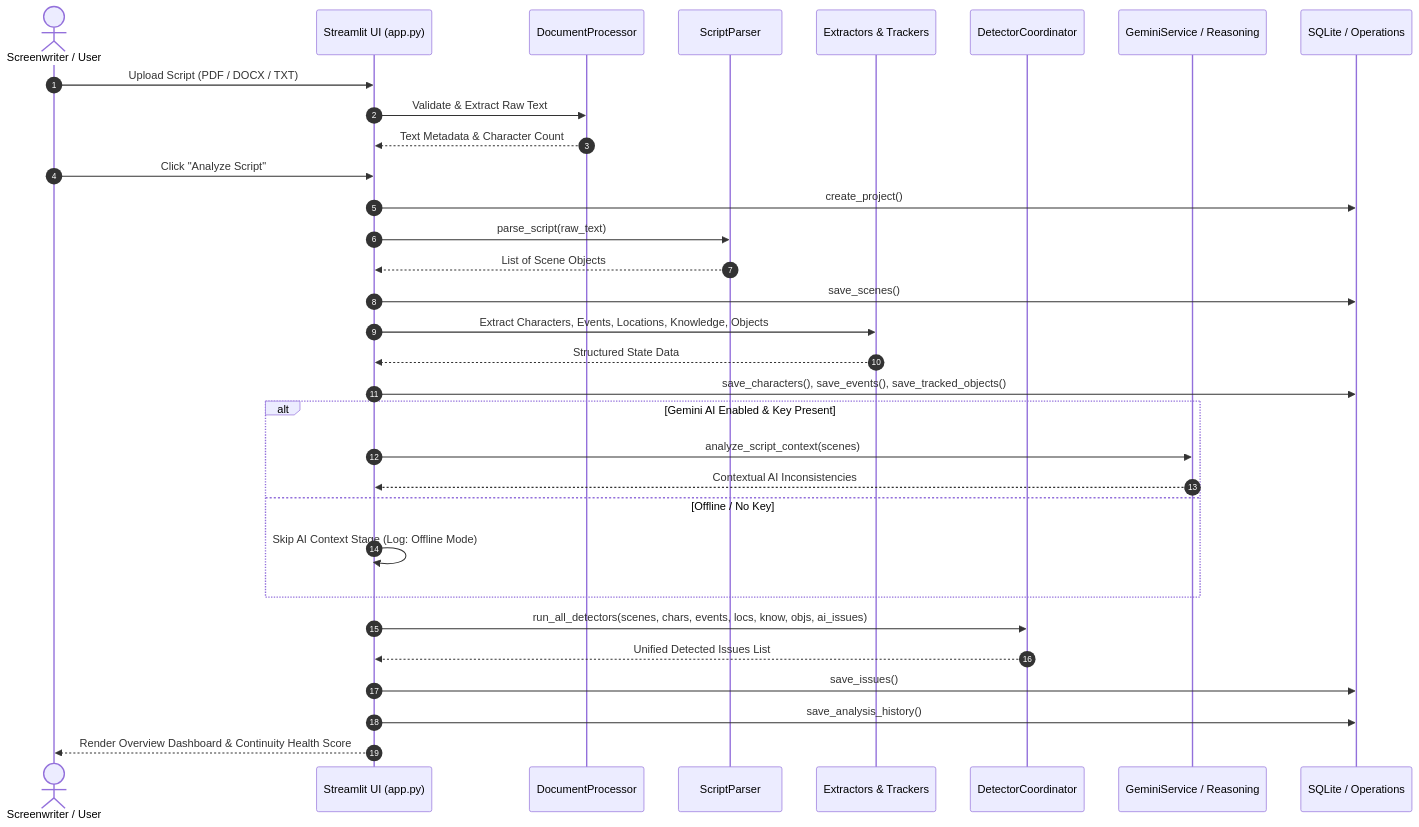
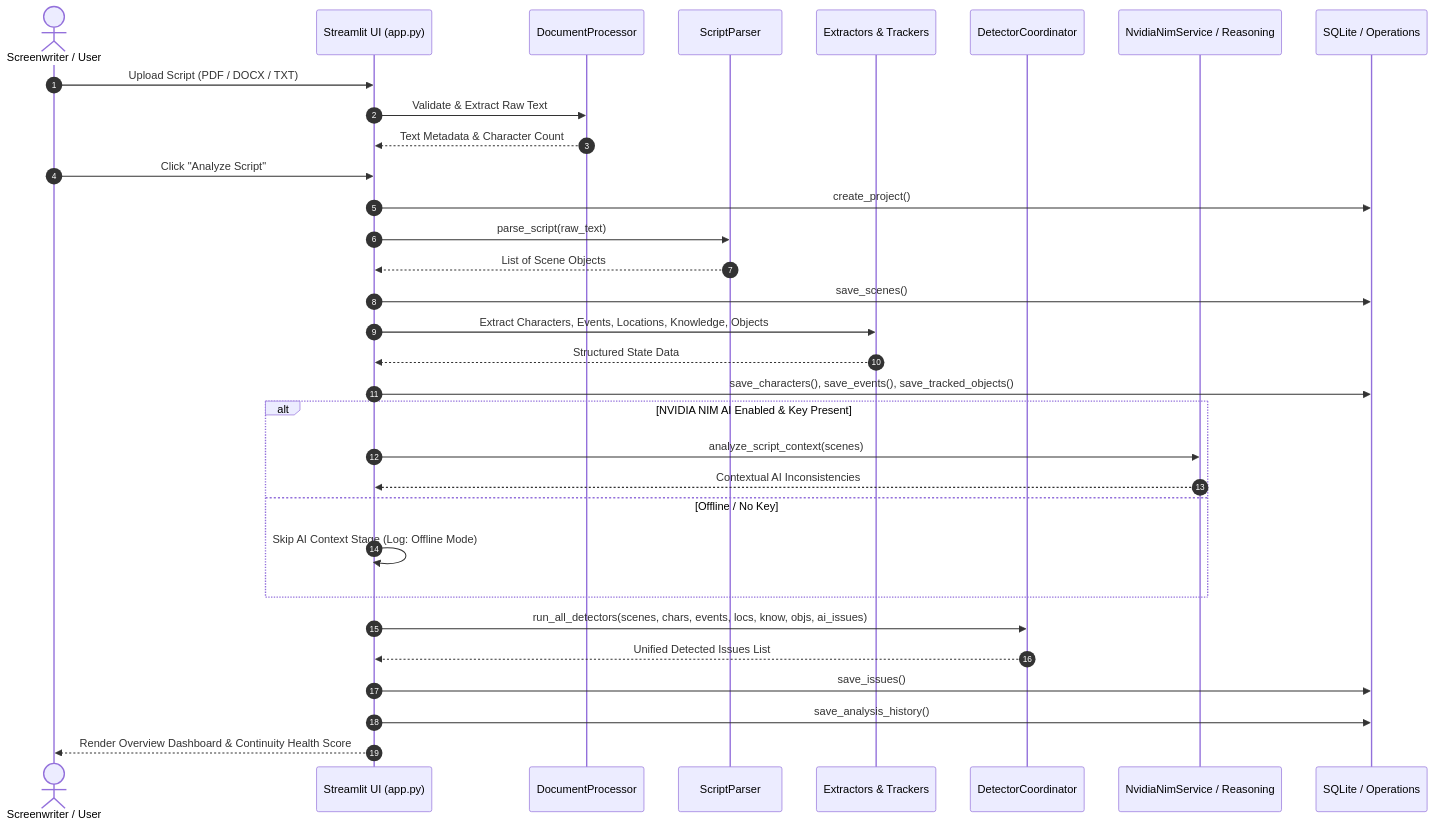
The second of 2 diagrams in SYSTEM_ARCHITECTURE.md (satyamvishwa2006-coder/PlotHole-OS-AI-Story-Continuity-Debugger-SRDT), drawn with Mermaid before and after one commit. The commit also changed other lines of this file and 15 other files, not shown here.

Commit message:
feat: complete migration from Google Gemini to NVIDIA NIM API (OpenAI SDK)

````diff
--- a/SYSTEM_ARCHITECTURE.md
+++ b/SYSTEM_ARCHITECTURE.md
@@ -147,38 +149,38 @@
 ```mermaid
 sequenceDiagram
     autonumber
     actor Writer as Screenwriter / User
     participant UI as Streamlit UI (app.py)
     participant Doc as DocumentProcessor
     participant Parser as ScriptParser
     participant Ext as Extractors & Trackers
     participant Detect as DetectorCoordinator
-    participant AI as GeminiService / Reasoning
+    participant AI as NvidiaNimService / Reasoning
     participant DB as SQLite / Operations
 
     Writer->>UI: Upload Script (PDF / DOCX / TXT)
     UI->>Doc: Validate & Extract Raw Text
     Doc-->>UI: Text Metadata & Character Count
     Writer->>UI: Click "Analyze Script"
     UI->>DB: create_project()
     UI->>Parser: parse_script(raw_text)
     Parser-->>UI: List of Scene Objects
     UI->>DB: save_scenes()
     
     UI->>Ext: Extract Characters, Events, Locations, Knowledge, Objects
     Ext-->>UI: Structured State Data
     UI->>DB: save_characters(), save_events(), save_tracked_objects()
     
-    alt Gemini AI Enabled & Key Present
+    alt NVIDIA NIM AI Enabled & Key Present
         UI->>AI: analyze_script_context(scenes)
         AI-->>UI: Contextual AI Inconsistencies
     else Offline / No Key
         UI->>UI: Skip AI Context Stage (Log: Offline Mode)
     end
     
     UI->>Detect: run_all_detectors(scenes, chars, events, locs, know, objs, ai_issues)
     Detect-->>UI: Unified Detected Issues List
     UI->>DB: save_issues()
     UI->>DB: save_analysis_history()
     UI-->>Writer: Render Overview Dashboard & Continuity Health Score
 ```
````
